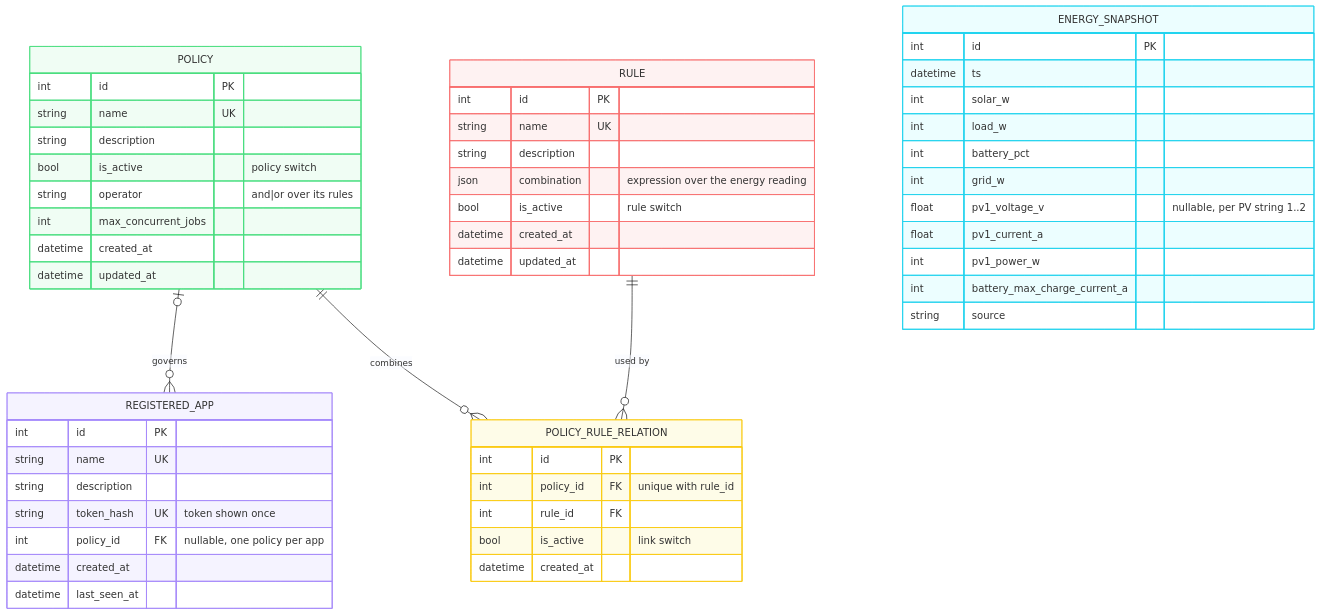
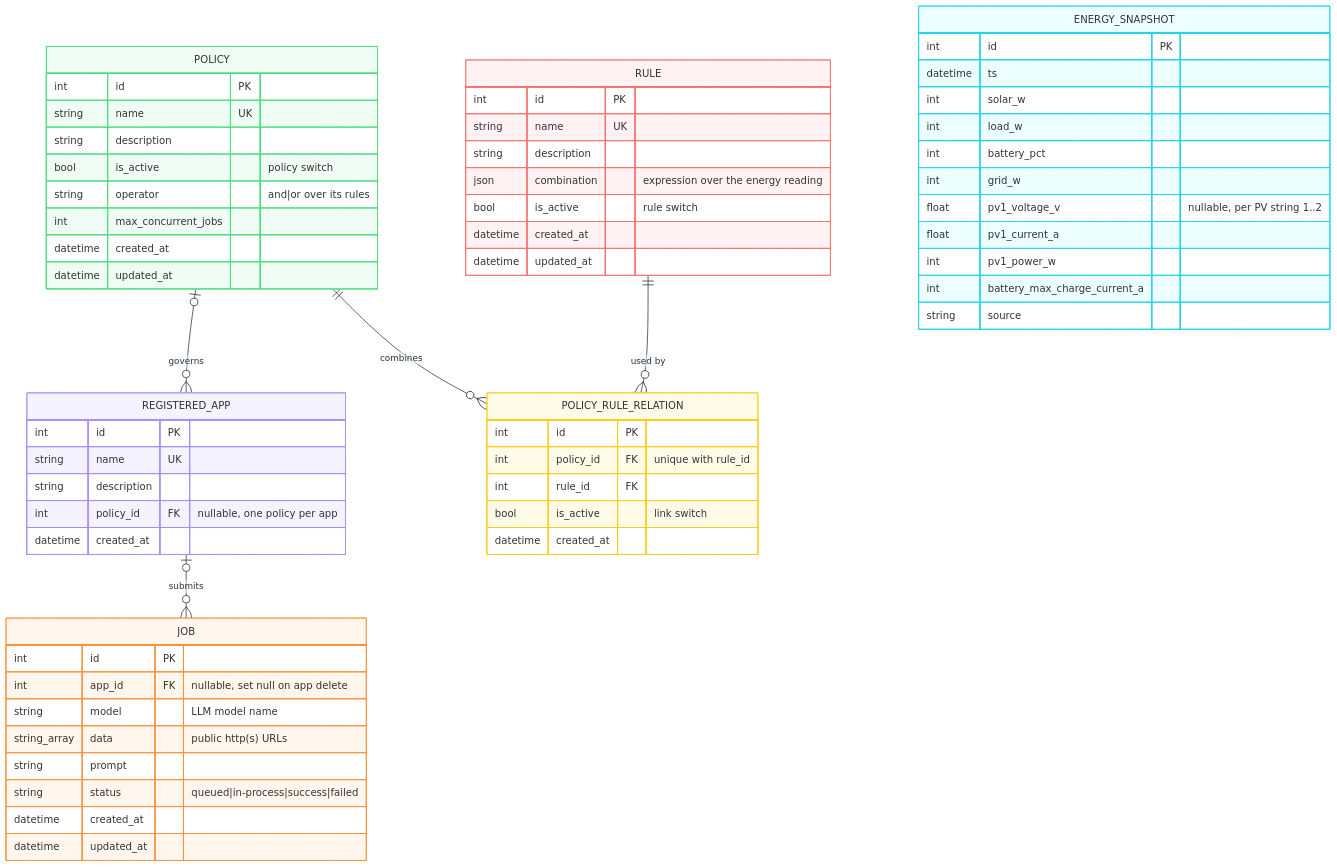
Before and after one commit to Solyariy/DirectorApp: the diagram in docs/db-schema.mmd, drawn with Mermaid (base theme). The commit also changed 17 other files, not shown here.

```diff
--- a/docs/db-schema.mmd
+++ b/docs/db-schema.mmd
@@ -1,69 +1,81 @@
 erDiagram
     POLICY |o--o{ REGISTERED_APP : governs
     POLICY ||--o{ POLICY_RULE_RELATION : combines
     RULE ||--o{ POLICY_RULE_RELATION : "used by"
+    REGISTERED_APP |o--o{ JOB : submits
 
     ENERGY_SNAPSHOT {
         int id PK
         datetime ts
         int solar_w
         int load_w
         int battery_pct
         int grid_w
         float pv1_voltage_v "nullable, per PV string 1..2"
         float pv1_current_a
         int pv1_power_w
         int battery_max_charge_current_a
         string source
     }
 
     REGISTERED_APP {
         int id PK
         string name UK
         string description
-        string token_hash UK "token shown once"
         int policy_id FK "nullable, one policy per app"
         datetime created_at
-        datetime last_seen_at
+    }
+
+    JOB {
+        int id PK
+        int app_id FK "nullable, set null on app delete"
+        string model "LLM model name"
+        string_array data "public http(s) URLs"
+        string prompt
+        string status "queued|in-process|success|failed"
+        datetime created_at
+        datetime updated_at
     }
 
     POLICY {
         int id PK
         string name UK
         string description
         bool is_active "policy switch"
         string operator "and|or over its rules"
         int max_concurrent_jobs
         datetime created_at
         datetime updated_at
     }
 
     POLICY_RULE_RELATION {
         int id PK
         int policy_id FK "unique with rule_id"
         int rule_id FK
         bool is_active "link switch"
         datetime created_at
     }
 
     RULE {
         int id PK
         string name UK
         string description
         json combination "expression over the energy reading"
         bool is_active "rule switch"
         datetime created_at
         datetime updated_at
     }
 
     classDef energy fill:#ecfeff,stroke:#22d3ee
     classDef policy fill:#f0fdf4,stroke:#4ade80
     classDef app fill:#f5f3ff,stroke:#a78bfa
     classDef edge fill:#fefce8,stroke:#facc15
     classDef rule fill:#fef2f2,stroke:#f87171
+    classDef job fill:#fff7ed,stroke:#fb923c
 
     class ENERGY_SNAPSHOT energy
     class POLICY policy
     class REGISTERED_APP app
     class POLICY_RULE_RELATION edge
     class RULE rule
+    class JOB job
```
